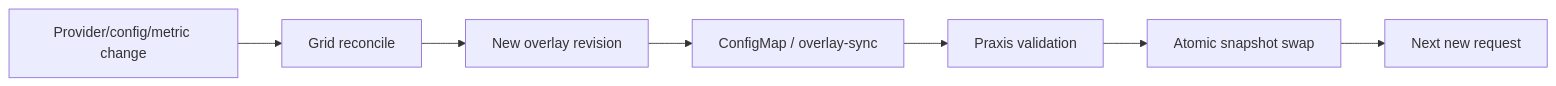
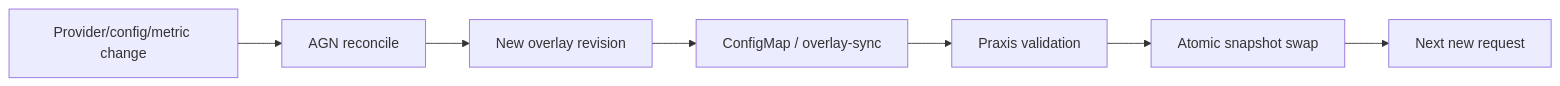
Before and after one commit to nerdalert/grid: the tenth of 11 diagrams in docs/routing.md, drawn with Mermaid. The commit also changed other lines of this file and 44 other files, not shown here.

````diff
--- a/docs/routing.md
+++ b/docs/routing.md
@@ -814,12 +814,12 @@
 ```mermaid
 flowchart LR
     Change["Provider/config/metric change"]
-    Grid["Grid reconcile"]
+    AGN["AGN reconcile"]
     Overlay["New overlay revision"]
     Delivery["ConfigMap / overlay-sync"]
     Praxis["Praxis validation"]
     Swap["Atomic snapshot swap"]
     Request["Next new request"]
 
-    Change --> Grid --> Overlay --> Delivery --> Praxis --> Swap --> Request
+    Change --> AGN --> Overlay --> Delivery --> Praxis --> Swap --> Request
 ```
````
